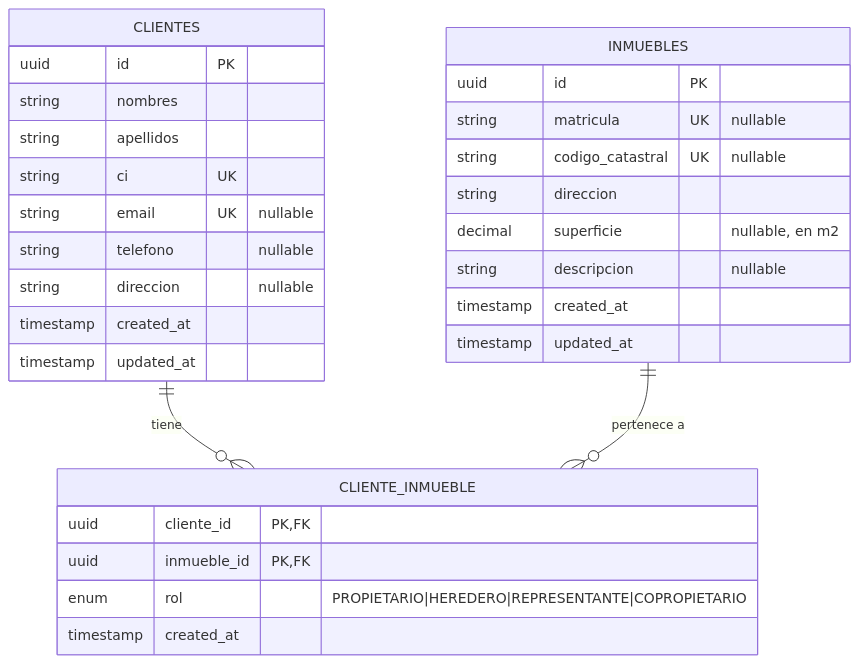
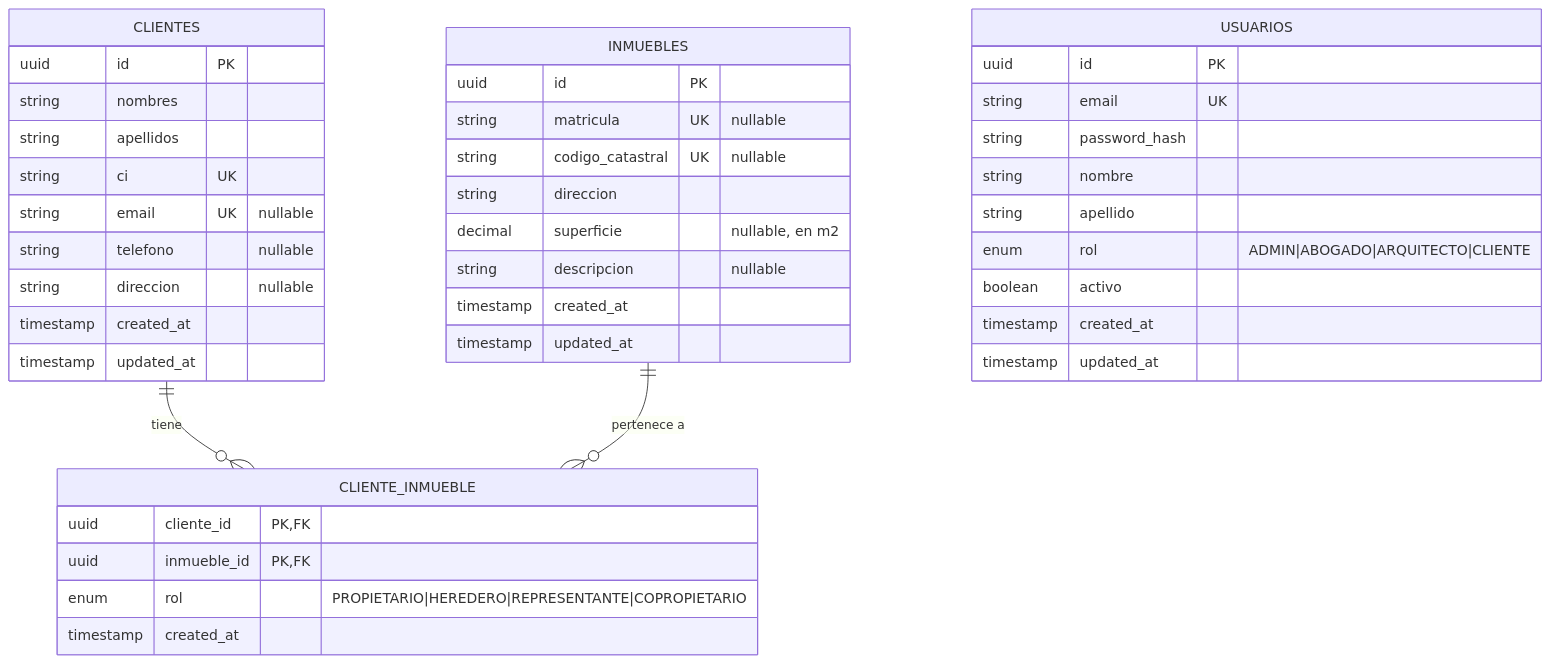
The diagram in docs/bd/erd.md (svFabio/salmacons-erp), drawn with Mermaid before and after one commit. The commit also changed 12 other files, not shown here.

````diff
--- a/docs/bd/erd.md
+++ b/docs/bd/erd.md
@@ -5,35 +5,47 @@
 ```mermaid
 erDiagram
     CLIENTES {
         uuid id PK
         string nombres
         string apellidos
         string ci UK
         string email UK "nullable"
         string telefono "nullable"
         string direccion "nullable"
         timestamp created_at
         timestamp updated_at
     }
 
     INMUEBLES {
         uuid id PK
         string matricula UK "nullable"
         string codigo_catastral UK "nullable"
         string direccion
         decimal superficie "nullable, en m2"
         string descripcion "nullable"
         timestamp created_at
         timestamp updated_at
     }
 
     CLIENTE_INMUEBLE {
         uuid cliente_id PK,FK
         uuid inmueble_id PK,FK
         enum rol "PROPIETARIO|HEREDERO|REPRESENTANTE|COPROPIETARIO"
         timestamp created_at
     }
 
+    USUARIOS {
+        uuid id PK
+        string email UK
+        string password_hash
+        string nombre
+        string apellido
+        enum rol "ADMIN|ABOGADO|ARQUITECTO|CLIENTE"
+        boolean activo
+        timestamp created_at
+        timestamp updated_at
+    }
+
     CLIENTES ||--o{ CLIENTE_INMUEBLE : "tiene"
     INMUEBLES ||--o{ CLIENTE_INMUEBLE : "pertenece a"
 ```
````
